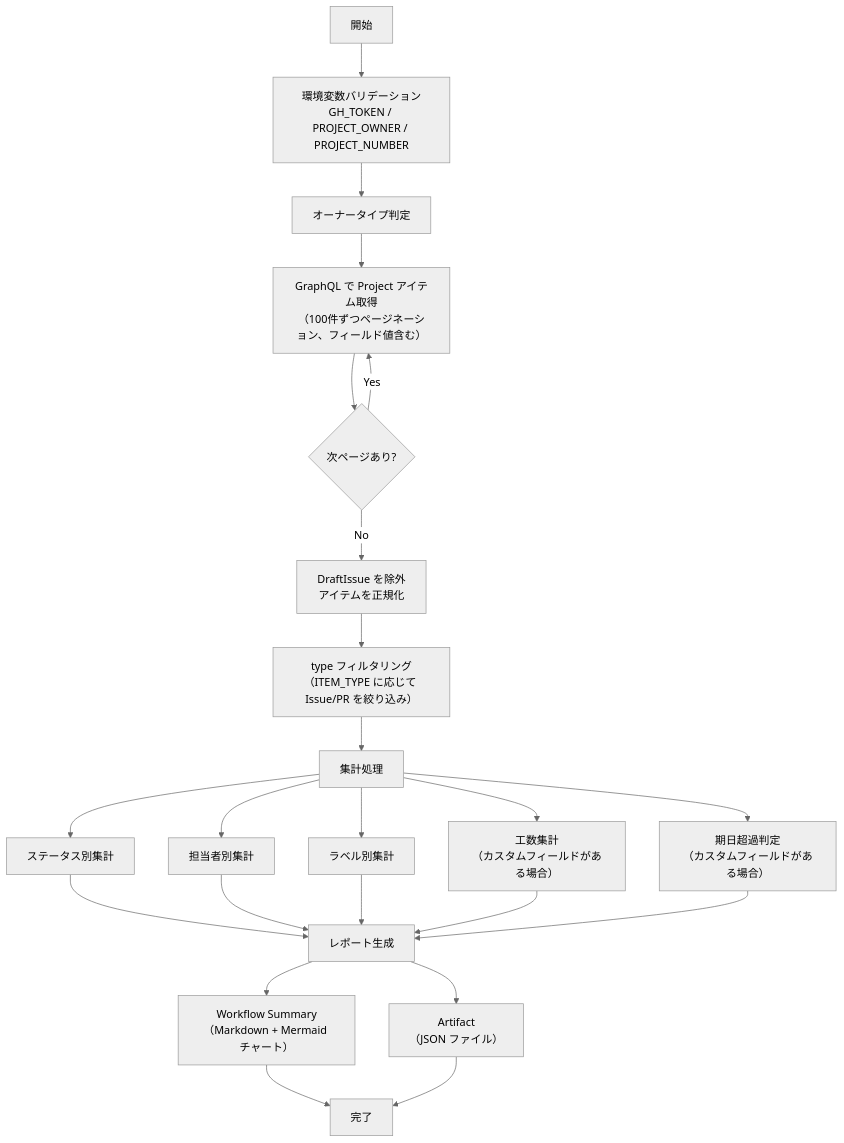
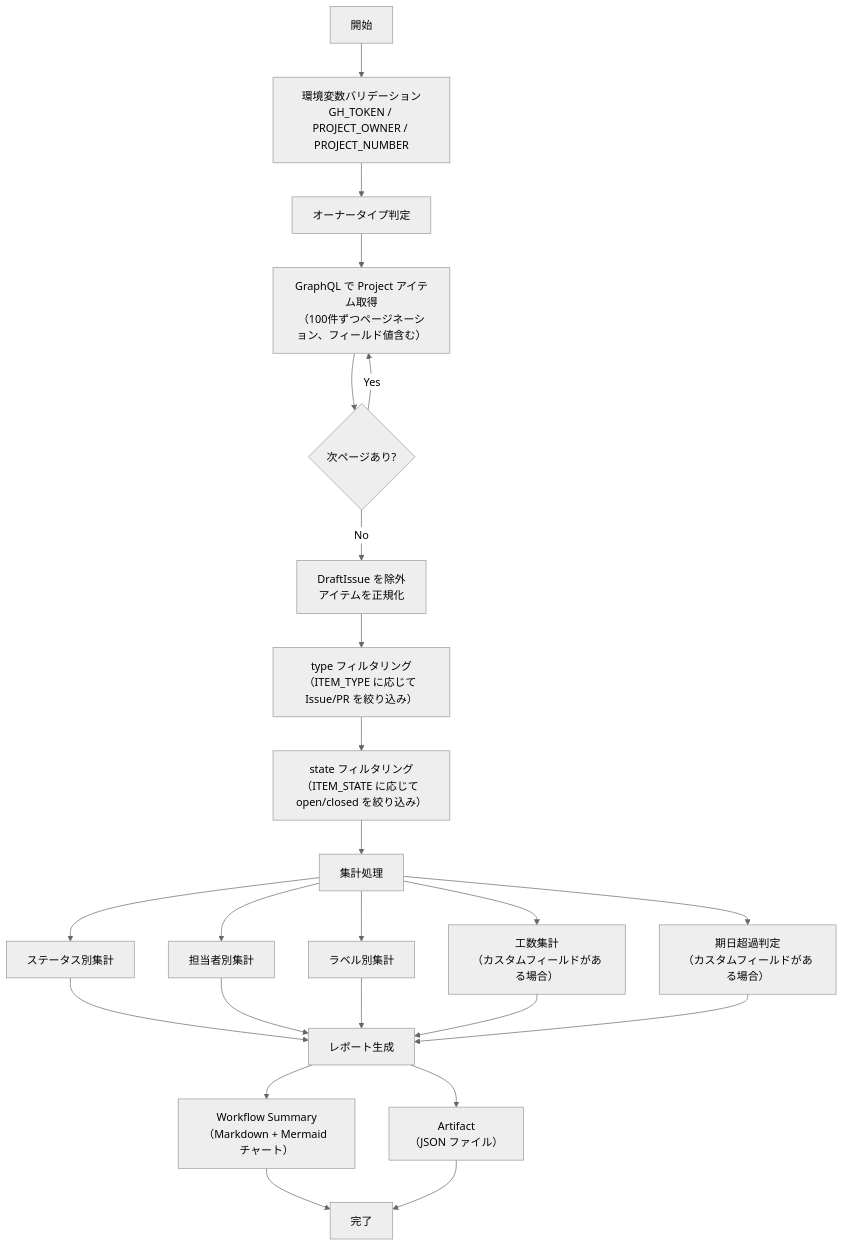
The diagram in docs/scripts/generate-summary-report.md (mabubu0203/github-projects-starter-kit), drawn with Mermaid (neutral theme) before and after one commit. The commit also changed other lines of this file and 8 other files, not shown here.

````diff
--- a/docs/scripts/generate-summary-report.md
+++ b/docs/scripts/generate-summary-report.md
@@ -41,21 +42,22 @@
 ```mermaid
 flowchart TD
     A["開始"] --> B["環境変数バリデーション\nGH_TOKEN / PROJECT_OWNER / PROJECT_NUMBER"]
     B --> C["オーナータイプ判定"]
     C --> D["GraphQL で Project アイテム取得\n（100件ずつページネーション、フィールド値含む）"]
     D --> E{"次ページあり?"}
     E -- "Yes" --> D
     E -- "No" --> F["DraftIssue を除外\nアイテムを正規化"]
 
     F --> F2["type フィルタリング\n（ITEM_TYPE に応じて Issue/PR を絞り込み）"]
-    F2 --> G["集計処理"]
+    F2 --> F3["state フィルタリング\n（ITEM_STATE に応じて open/closed を絞り込み）"]
+    F3 --> G["集計処理"]
     G --> G1["ステータス別集計"]
     G --> G2["担当者別集計"]
     G --> G3["ラベル別集計"]
     G --> G4["工数集計\n（カスタムフィールドがある場合）"]
     G --> G5["期日超過判定\n（カスタムフィールドがある場合）"]
     G1 & G2 & G3 & G4 & G5 --> H["レポート生成"]
     H --> I["Workflow Summary\n（Markdown + Mermaid チャート）"]
     H --> J["Artifact\n（JSON ファイル）"]
     I & J --> K["完了"]
 ```
````
